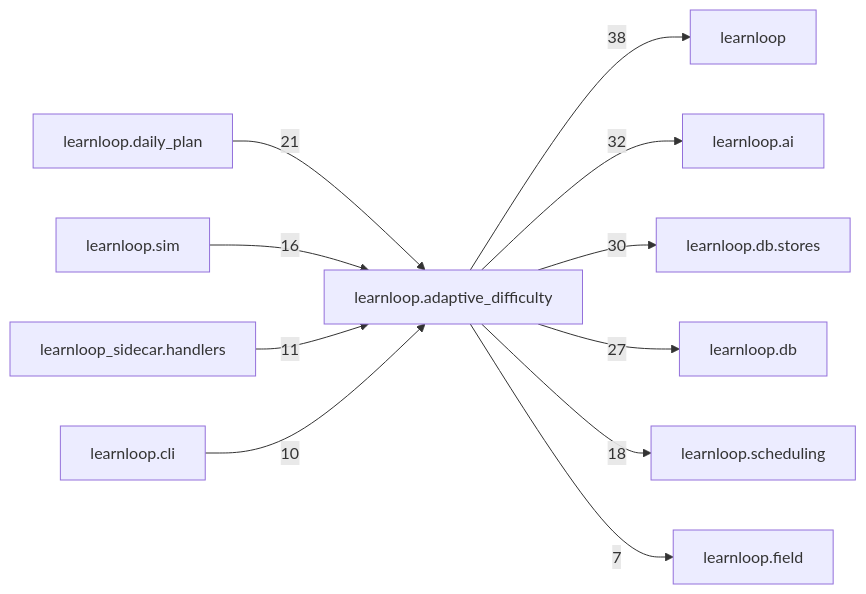
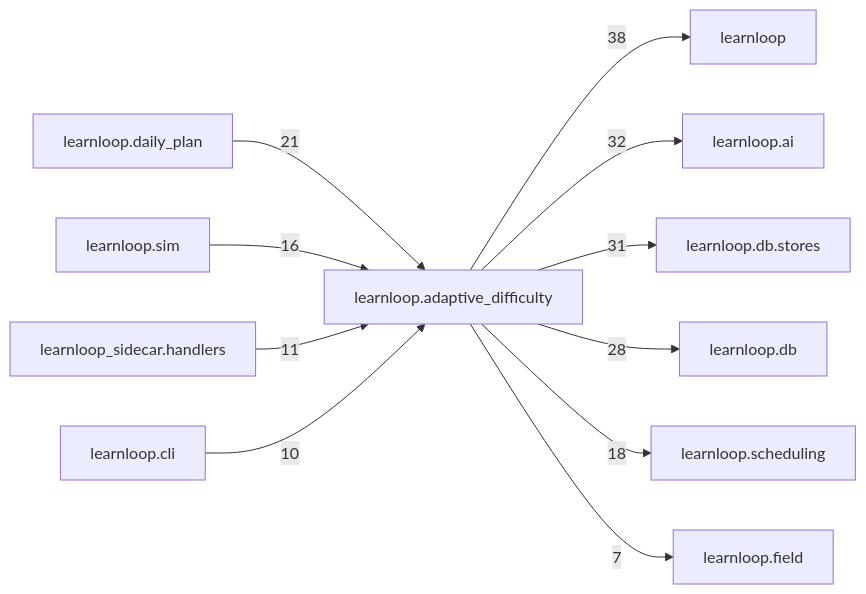
One commit to 6up-b/learnanything changed the diagram in docs/learnloop-architecture-vault/Reference/Modules/learnloop/adaptive_difficulty/_package.md. Above: the diagram before and after it, drawn with Mermaid. The commit also changed other lines of this file and 64 other files, not shown here.

````diff
--- a/docs/learnloop-architecture-vault/Reference/Modules/learnloop/adaptive_difficulty/_package.md
+++ b/docs/learnloop-architecture-vault/Reference/Modules/learnloop/adaptive_difficulty/_package.md
@@ -190,24 +190,24 @@
 ```mermaid
 flowchart LR
     center["learnloop.adaptive_difficulty"]
     n_learnloop["learnloop"]
     n_learnloop_ai["learnloop.ai"]
     n_learnloop_db_stores["learnloop.db.stores"]
     n_learnloop_db["learnloop.db"]
     n_learnloop_daily_plan["learnloop.daily_plan"]
     n_learnloop_scheduling["learnloop.scheduling"]
     n_learnloop_sim["learnloop.sim"]
     n_learnloop_sidecar_handlers["learnloop_sidecar.handlers"]
     n_learnloop_cli["learnloop.cli"]
     n_learnloop_field["learnloop.field"]
     center -->|38| n_learnloop
     center -->|32| n_learnloop_ai
-    center -->|30| n_learnloop_db_stores
-    center -->|27| n_learnloop_db
+    center -->|31| n_learnloop_db_stores
+    center -->|28| n_learnloop_db
     n_learnloop_daily_plan -->|21| center
     center -->|18| n_learnloop_scheduling
     n_learnloop_sim -->|16| center
     n_learnloop_sidecar_handlers -->|11| center
     n_learnloop_cli -->|10| center
     center -->|7| n_learnloop_field
 ```
````
